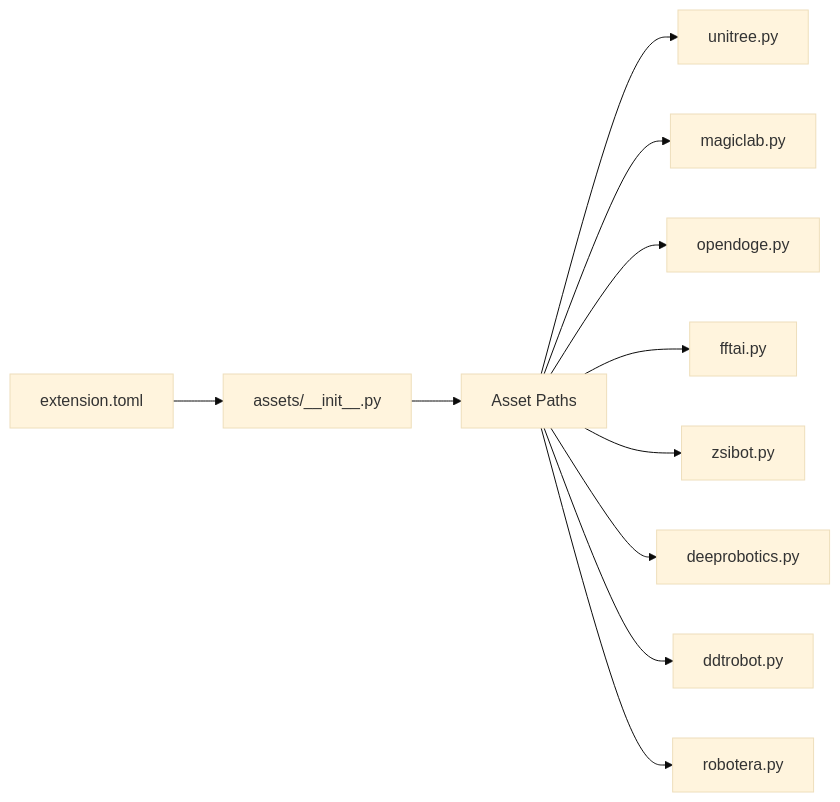
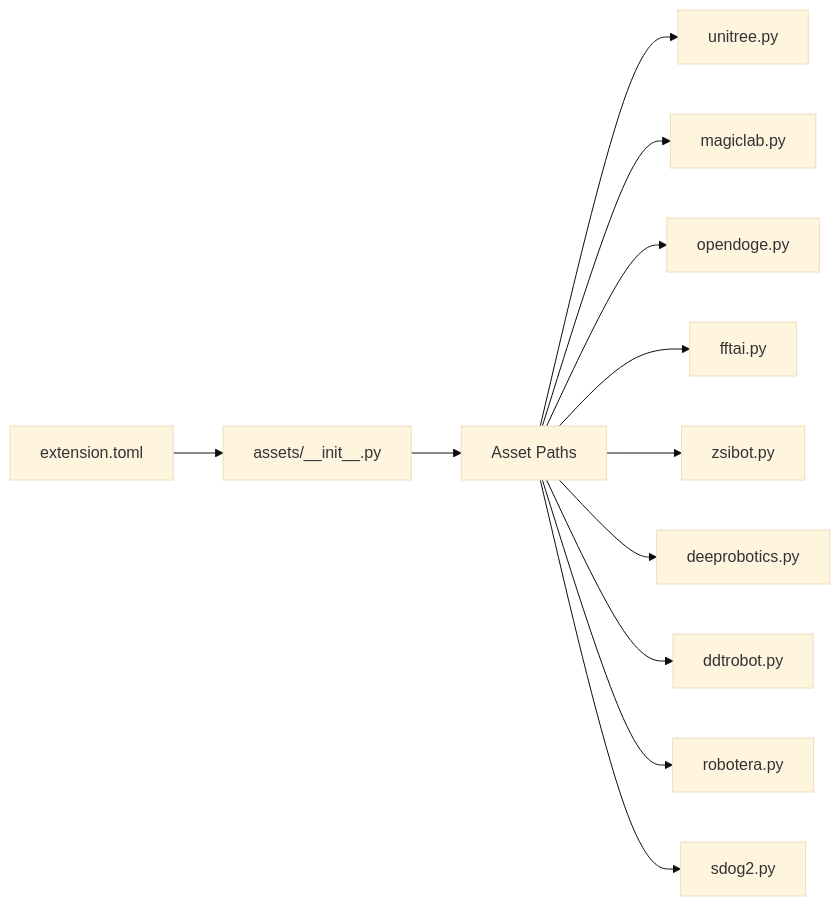
The eighth of 8 diagrams in .qoder/repowiki/en/content/Asset Management System/Robot Asset Configuration.md (jayjayhust/robot_lab), drawn with Mermaid (base theme) before and after one commit. The commit also changed other lines of this file and 21 other files, not shown here.

````diff
--- a/.qoder/repowiki/en/content/Asset Management System/Robot Asset Configuration.md
+++ b/.qoder/repowiki/en/content/Asset Management System/Robot Asset Configuration.md
@@ -306,13 +376,14 @@
 ```mermaid
 graph LR
 EXT["extension.toml"] --> INIT["assets/__init__.py"]
 INIT --> PATHS["Asset Paths"]
 PATHS --> UCFG["unitree.py"]
 PATHS --> MCFG["magiclab.py"]
 PATHS --> OCFG["opendoge.py"]
 PATHS --> FCFG["fftai.py"]
 PATHS --> ZCFG["zsibot.py"]
 PATHS --> DRCFG["deeprobotics.py"]
 PATHS --> DDCFG["ddtrobot.py"]
 PATHS --> RCFG["robotera.py"]
+PATHS --> SDOG["sdog2.py"]
 ```
````
